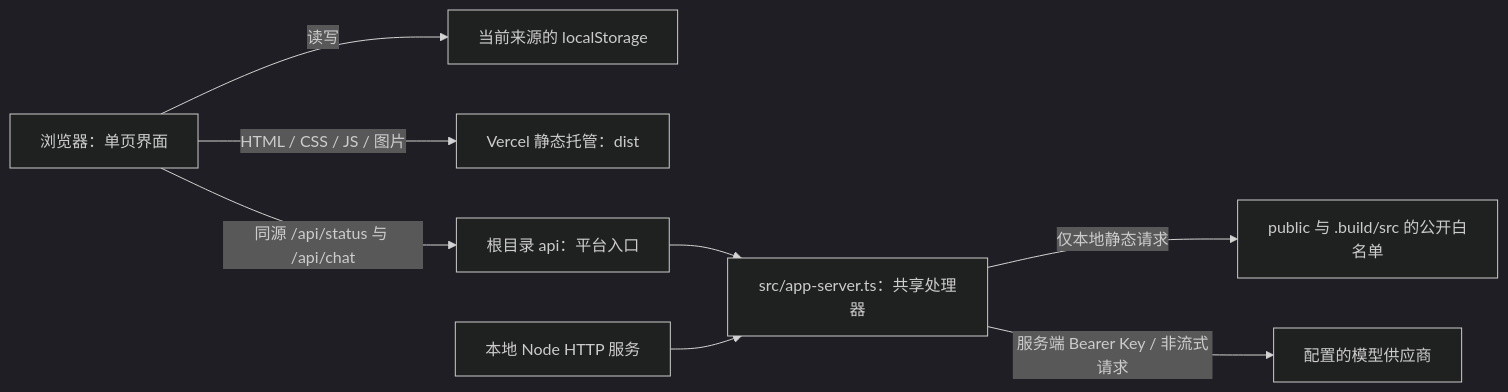
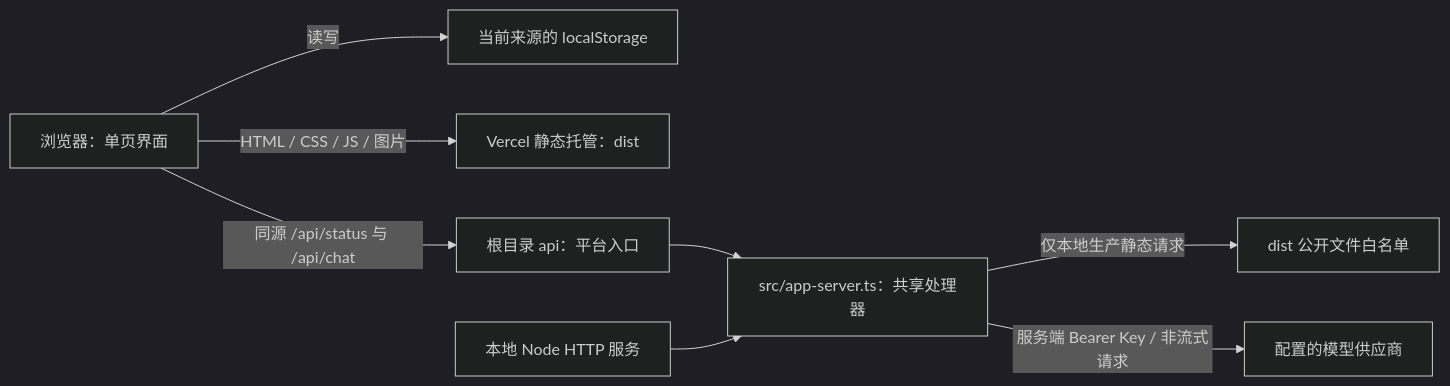
Before and after one commit to yhstsy/my_qwen: the first of 2 diagrams in docs/ARCHITECTURE.md, drawn with Mermaid (dark theme). The commit also changed other lines of this file and 37 other files, not shown here.

````diff
--- a/docs/ARCHITECTURE.md
+++ b/docs/ARCHITECTURE.md
@@ -60,10 +75,10 @@
 ```mermaid
 flowchart LR
     Browser[浏览器：单页界面] -->|读写| Storage[当前来源的 localStorage]
     Browser -->|HTML / CSS / JS / 图片| Static[Vercel 静态托管：dist]
     Browser -->|同源 /api/status 与 /api/chat| Entry[根目录 api：平台入口]
     Entry --> Handler[src/app-server.ts：共享处理器]
     Local[本地 Node HTTP 服务] --> Handler
-    Handler -->|仅本地静态请求| Files[public 与 .build/src 的公开白名单]
+    Handler -->|仅本地生产静态请求| Files[dist 公开文件白名单]
     Handler -->|服务端 Bearer Key / 非流式请求| Model[配置的模型供应商]
 ```
````
